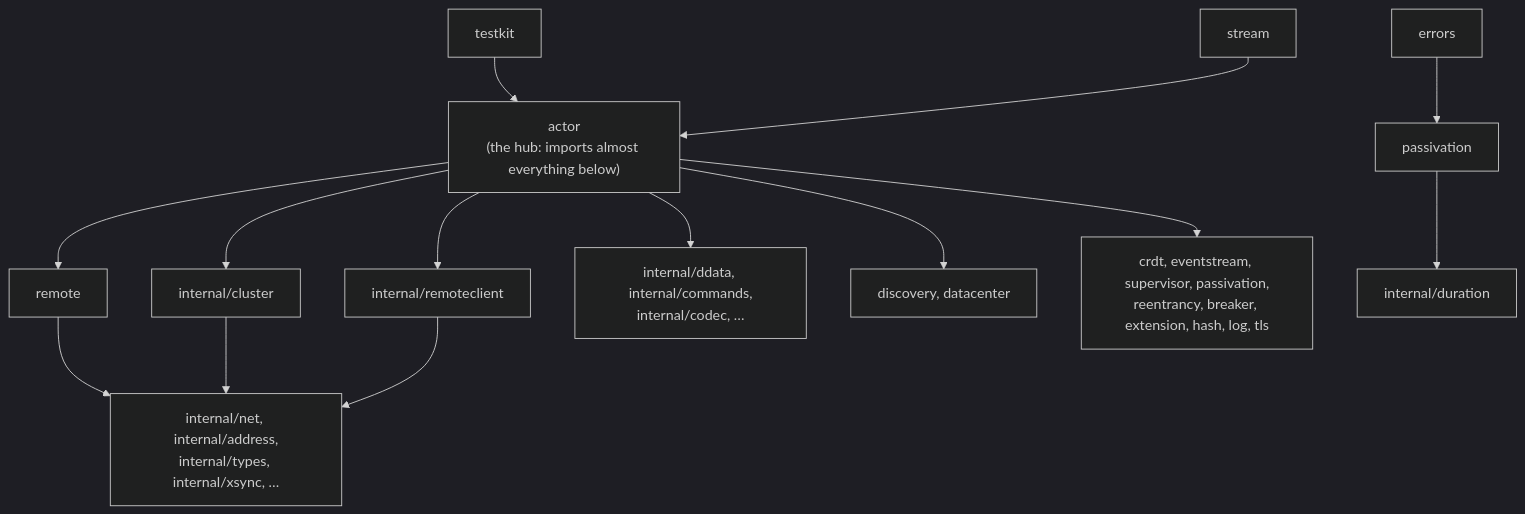
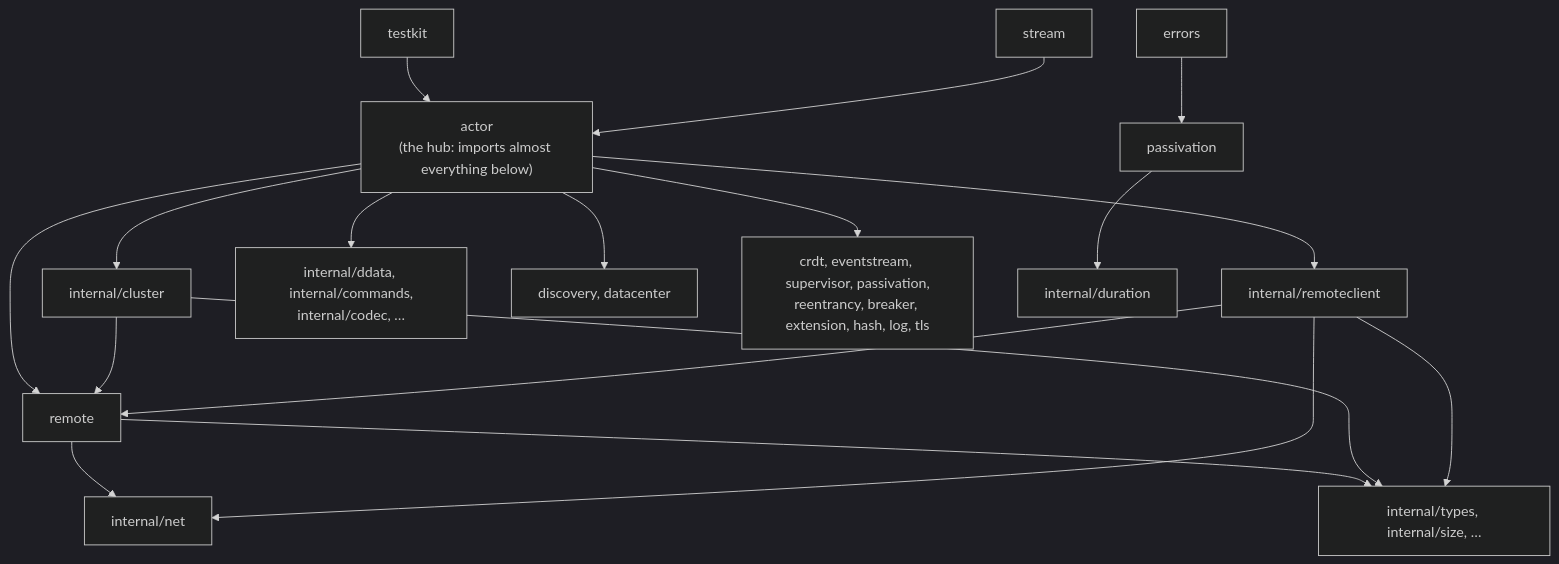
The second of 2 diagrams in book/chapters/chap-01.md (Tochemey/goakt), drawn with Mermaid (dark theme) before and after one commit. The commit also changed other lines of this file and 27 other files, not shown here.

````diff
--- a/book/chapters/chap-01.md
+++ b/book/chapters/chap-01.md
@@ -121,16 +133,20 @@
 ```mermaid
 flowchart TD
     testkit["testkit"] --> actor
     stream["stream"] --> actor
     actor["actor<br/>(the hub: imports almost everything below)"]
     actor --> remote["remote"]
     actor --> cluster["internal/cluster"]
     actor --> rclient["internal/remoteclient"]
     actor --> inner["internal/ddata, internal/commands,<br/>internal/codec, …"]
     actor --> disco["discovery, datacenter"]
     actor --> small["crdt, eventstream, supervisor, passivation,<br/>reentrancy, breaker, extension, hash, log, tls"]
-    remote --> low["internal/net, internal/address,<br/>internal/types, internal/xsync, …"]
+    remote --> net["internal/net"]
+    rclient --> net
+    cluster --> remote
+    rclient --> remote
+    remote --> low["internal/types, internal/size, …"]
     cluster --> low
     rclient --> low
     errors["errors"] --> passiv["passivation"] --> duration["internal/duration"]
 ```
````
